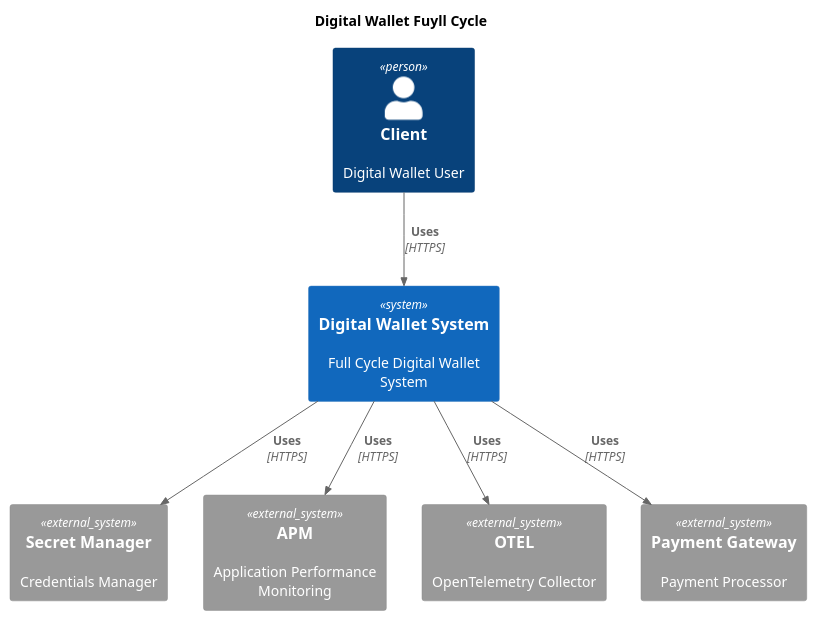
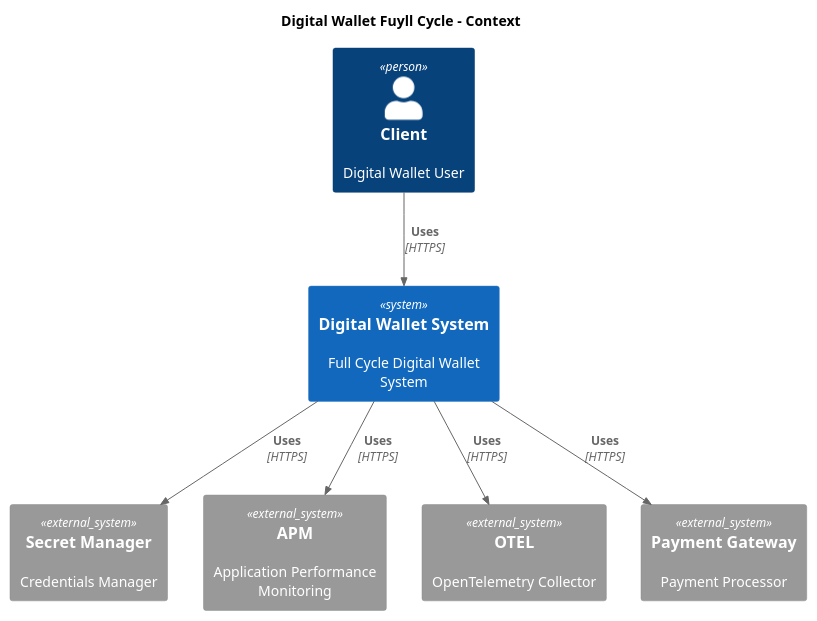
The diagram in context.puml (josenaldo/fc-microservices-c4), drawn with PlantUML before and after one commit. The commit also changed 1 other file, not shown here.

```diff
--- a/context.puml
+++ b/context.puml
@@ -1,21 +1,21 @@
 @startuml
-!include https://raw.githubusercontent.com/plantuml-stdlib/C4-PlantUML/master/C4_Container.puml
+!include https://raw.githubusercontent.com/plantuml-stdlib/C4-PlantUML/master/C4_Context.puml
 
-title "Digital Wallet Fuyll Cycle"
+title "Digital Wallet Fuyll Cycle - Context"
 
 Person(client, "Client", "Digital Wallet User")
 
 System(wallet, "Digital Wallet System", "Full Cycle Digital Wallet System")
 
 System_Ext(secret_manager, "Secret Manager", "Credentials Manager")
 System_Ext(apm, "APM", "Application Performance Monitoring")
 System_Ext(collector, "OTEL", "OpenTelemetry Collector")
 System_Ext(payment_gateway, "Payment Gateway", "Payment Processor")
 
 Rel(client, wallet, "Uses", "HTTPS")
 Rel(wallet, secret_manager, "Uses", "HTTPS")
 Rel(wallet, apm, "Uses", "HTTPS")
 Rel(wallet, collector, "Uses", "HTTPS")
 Rel(wallet, payment_gateway, "Uses", "HTTPS")
 
 @enduml
```
